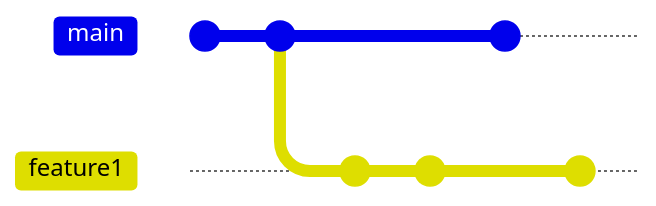
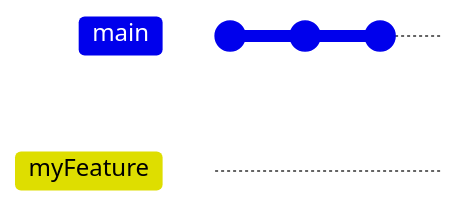
One commit to Sleaum/mermaid changed the diagram in test.md. Above: the diagram before and after it, drawn with Mermaid. Commit ids are hidden.

````diff
--- a/test.md
+++ b/test.md
@@ -1,16 +1,11 @@
 ```mermaid
 ---
 checkout vers la branche de travail
 ---
 gitGraph
   commit
   commit
-  branch feature1
-  checkout feature1
   commit
-  commit
-  checkout main
-  commit
-  checkout feature1
-  commit
+  branch myFeature
+  checkout myFeature
 ```
````
